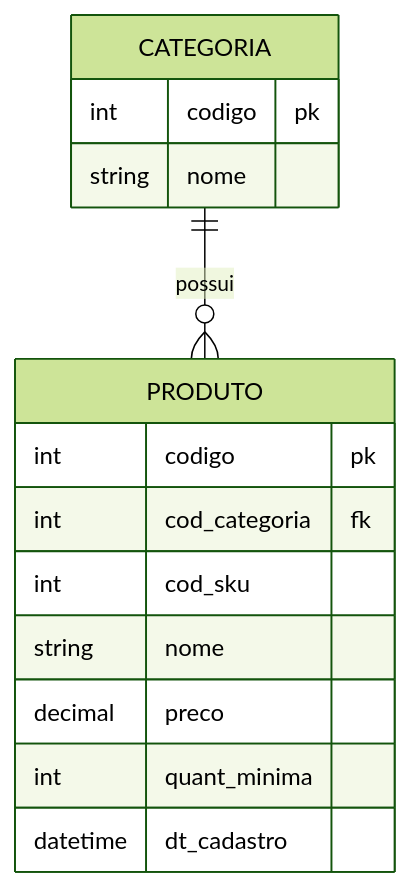
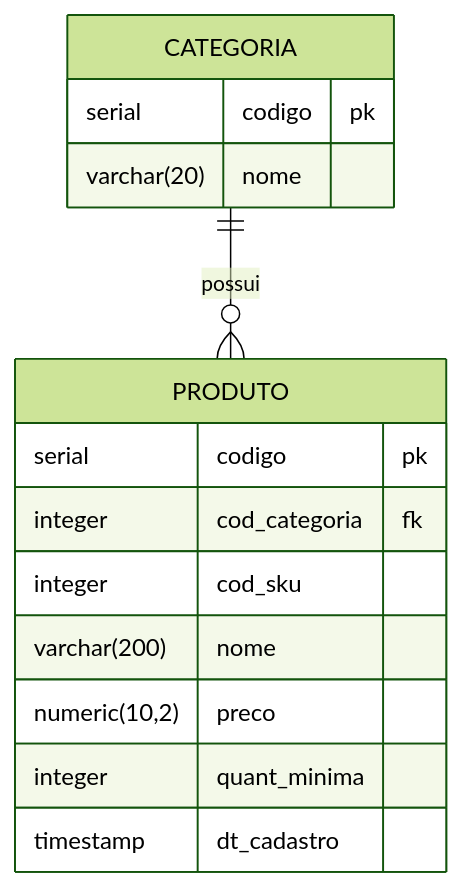
One commit to profAndreSouza/Material changed the second of 2 diagrams in Banco de Dados/Aula 02.md. Above: the diagram before and after it, drawn with Mermaid (forest theme).

````diff
--- a/Banco de Dados/Aula 02.md
+++ b/Banco de Dados/Aula 02.md
@@ -138,20 +138,20 @@
 ```mermaid
 erDiagram
     CATEGORIA {
-        int codigo pk
-        string nome
+        serial codigo pk
+        varchar(20) nome
     }
 
     PRODUTO {
-        int codigo pk
-        int cod_categoria fk
-        int cod_sku
-        string nome
-        decimal preco
-        int quant_minima
-        datetime dt_cadastro
+        serial codigo pk
+        integer cod_categoria fk
+        integer cod_sku
+        varchar(200) nome
+        numeric(10,2) preco
+        integer quant_minima
+        timestamp dt_cadastro
     }
 
     CATEGORIA ||--o{ PRODUTO : possui
     
 ```
````
